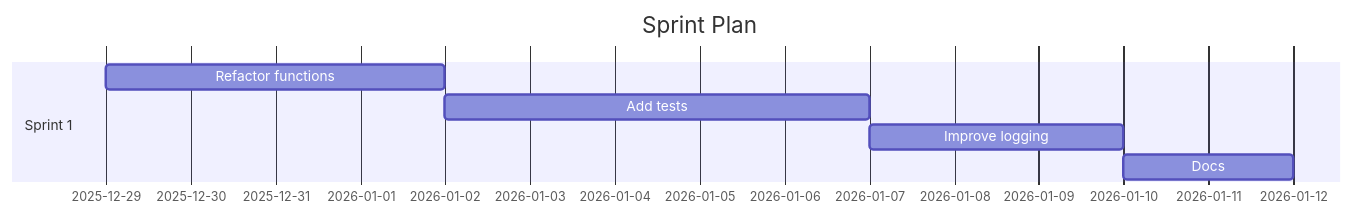
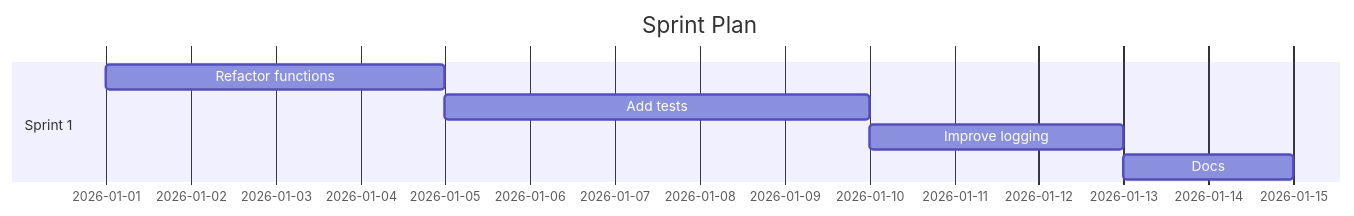
The diagram in demos/demo-code-analysis.sprint.md (Anselmoo/mcp-ai-agent-guidelines), drawn with Mermaid before and after one commit. The commit also changed other lines of this file and 45 other files, not shown here.

````diff
--- a/demos/demo-code-analysis.sprint.md
+++ b/demos/demo-code-analysis.sprint.md
@@ -59,11 +59,11 @@
 ```mermaid
 gantt
 	dateFormat  YYYY-MM-DD
 	title Sprint Plan
 %% Accessibility: Title=Project Sprint Plan; Description=Gantt chart of sprints and tasks over time. %%
   section Sprint 1
-  Refactor functions :s1t0, 2025-12-29, 4d
-  Add tests :s1t1, 2026-01-02, 5d
-  Improve logging :s1t2, 2026-01-07, 3d
-  Docs :s1t3, 2026-01-10, 2d
+  Refactor functions :s1t0, 2026-01-01, 4d
+  Add tests :s1t1, 2026-01-05, 5d
+  Improve logging :s1t2, 2026-01-10, 3d
+  Docs :s1t3, 2026-01-13, 2d
 ```
````
